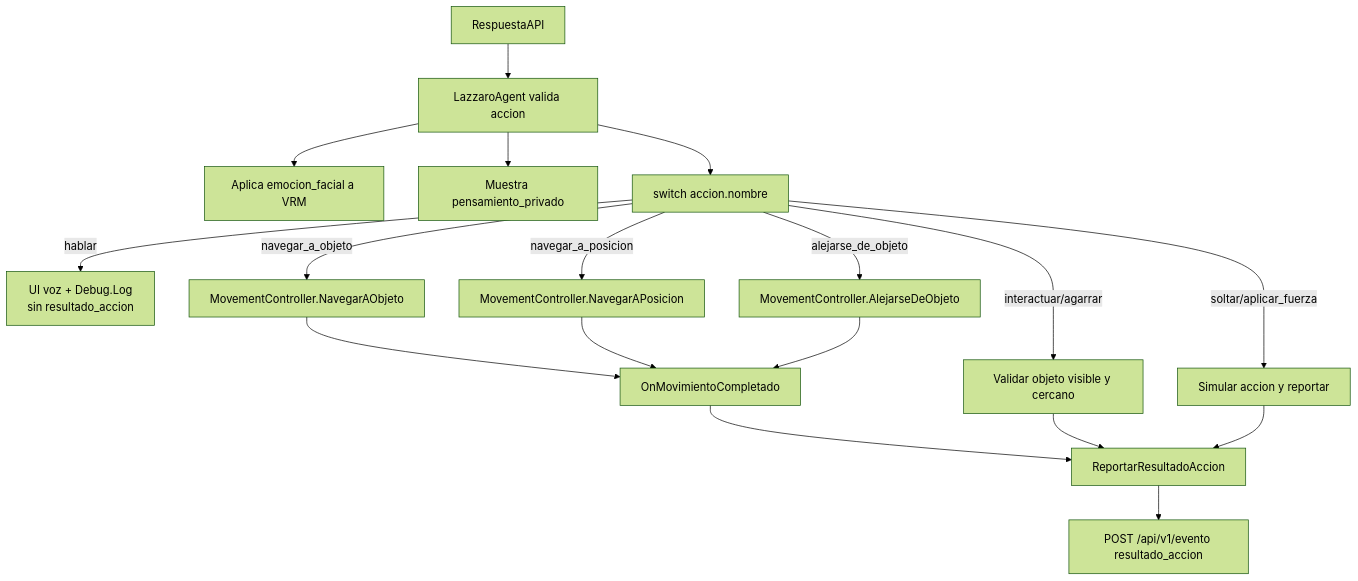
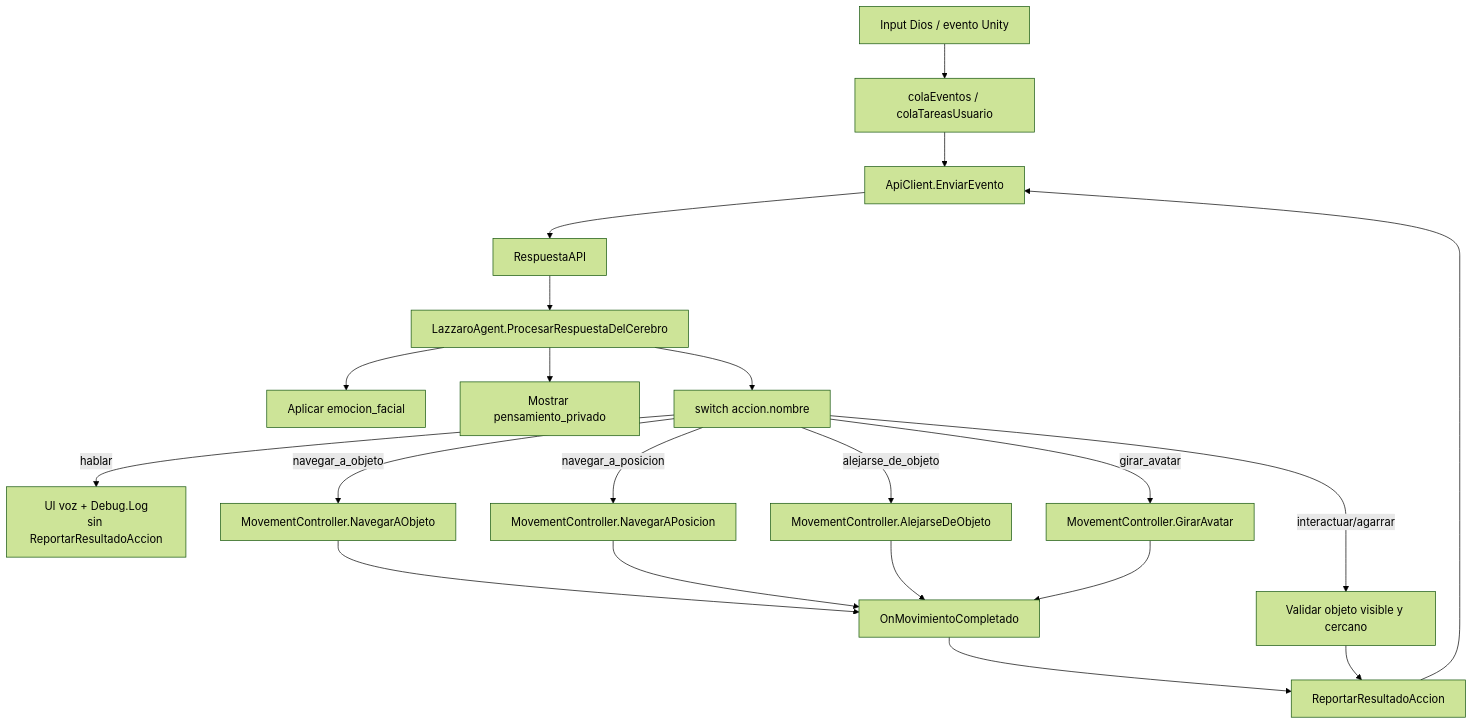
The fourth of 4 diagrams in docs/arquitectura_completa_lazzaro.md (Genrex-code/Lazzaro), drawn with Mermaid (forest theme) before and after one commit. The commit also changed other lines of this file and 4 other files, not shown here.

````diff
--- a/docs/arquitectura_completa_lazzaro.md
+++ b/docs/arquitectura_completa_lazzaro.md
@@ -479,22 +396,23 @@
 ```mermaid
 flowchart TD
-    RESP["RespuestaAPI"] --> CHECK["LazzaroAgent valida accion"]
-    CHECK --> FACE["Aplica emocion_facial a VRM"]
-    CHECK --> THINK["Muestra pensamiento_privado"]
-    CHECK --> SWITCH["switch accion.nombre"]
-
-    SWITCH -->|"hablar"| VOZ["UI voz + Debug.Log<br/>sin resultado_accion"]
+    INPUT["Input Dios / evento Unity"] --> QUEUE["colaEventos / colaTareasUsuario"]
+    QUEUE --> API["ApiClient.EnviarEvento"]
+    API --> RESP["RespuestaAPI"]
+    RESP --> AGENT["LazzaroAgent.ProcesarRespuestaDelCerebro"]
+    AGENT --> FACE["Aplicar emocion_facial"]
+    AGENT --> THINK["Mostrar pensamiento_privado"]
+    AGENT --> SWITCH["switch accion.nombre"]
+    SWITCH -->|"hablar"| VOICE["UI voz + Debug.Log<br/>sin ReportarResultadoAccion"]
     SWITCH -->|"navegar_a_objeto"| NAVOBJ["MovementController.NavegarAObjeto"]
     SWITCH -->|"navegar_a_posicion"| NAVPOS["MovementController.NavegarAPosicion"]
     SWITCH -->|"alejarse_de_objeto"| AWAY["MovementController.AlejarseDeObjeto"]
+    SWITCH -->|"girar_avatar"| ROT["MovementController.GirarAvatar"]
     SWITCH -->|"interactuar/agarrar"| VALID["Validar objeto visible y cercano"]
-    SWITCH -->|"soltar/aplicar_fuerza"| SIM["Simular accion y reportar"]
-
     NAVOBJ --> DONE["OnMovimientoCompletado"]
     NAVPOS --> DONE
     AWAY --> DONE
+    ROT --> DONE
     DONE --> REPORT["ReportarResultadoAccion"]
     VALID --> REPORT
-    SIM --> REPORT
-    REPORT --> BACK["POST /api/v1/evento resultado_accion"]
+    REPORT --> API
 ```
````
